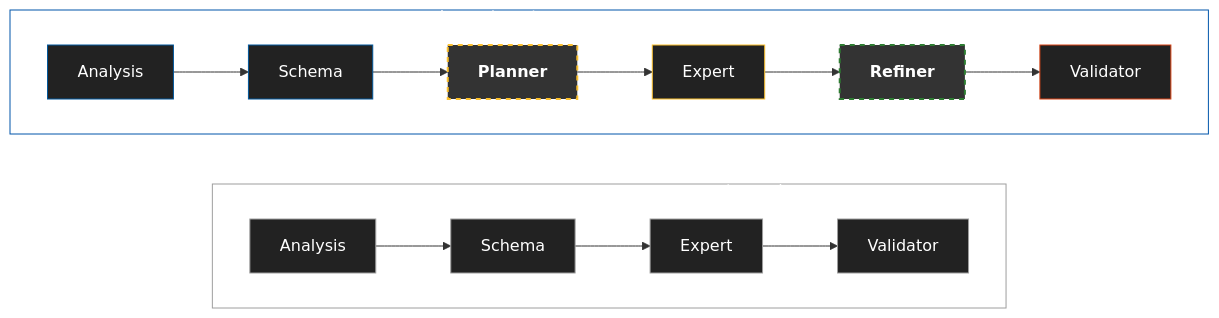
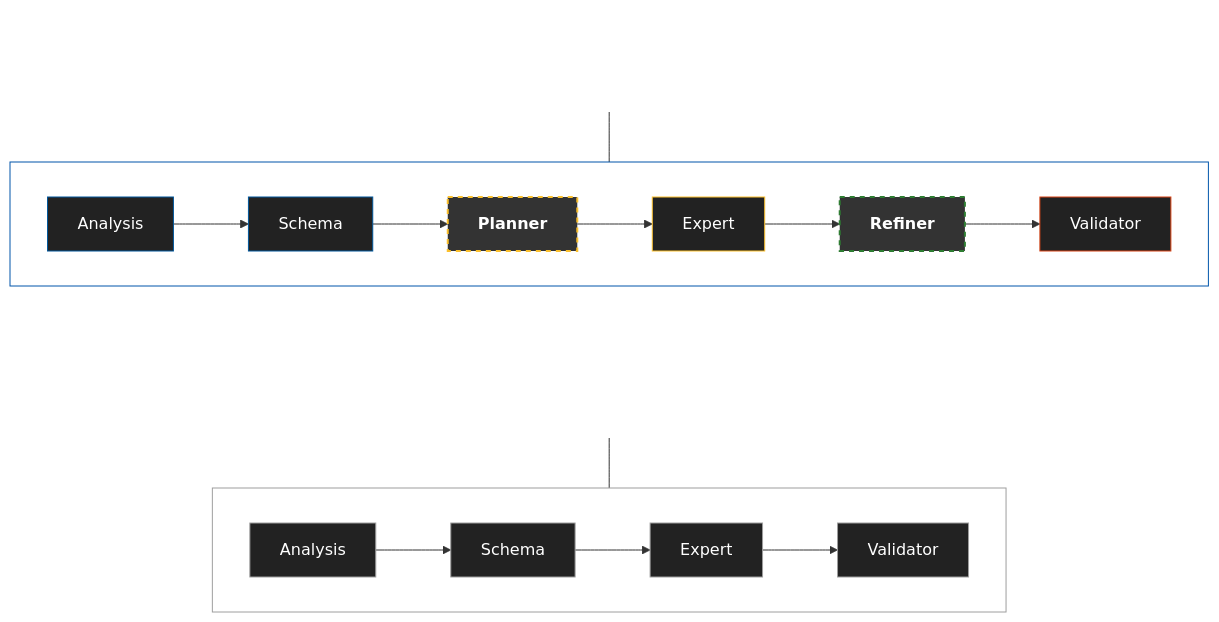
Before and after one commit to thanhmiyata/luan-van-tot-nghiep: the third of 5 diagrams in complete_paper_combined_vi.md, drawn with Mermaid. The commit also changed other lines of this file, not shown here.

````diff
--- a/complete_paper_combined_vi.md
+++ b/complete_paper_combined_vi.md
@@ -362,32 +362,40 @@
 ```mermaid
 graph TD
-    subgraph P6 ["HỆ THỐNG ĐỀ XUẤT (6 TÁC NHÂN - ĐỘ CHÍNH XÁC CAO)"]
+    Title6["<b>HỆ THỐNG ĐỀ XUẤT (6 TÁC NHÂN - ĐỘ CHÍNH XÁC CAO)</b>"]
+    Title6 --- P6
+    style Title6 fill:none,stroke:none,color:#fff
+
+    subgraph P6 [" "]
         direction LR
         A1["Analysis"] --> A2["Schema"] --> A3["<b>Planner</b>"] --> A4["Expert"] --> A5["<b>Refiner</b>"] --> A6["Validator"]
     end
 
-    %% Khoảng cách giữa 2 diagram
-    P6 ~~~ P4
+    %% Khoảng cách
+    P6 ~~~ Title4
 
-    subgraph P4 ["QUY TRÌNH CƠ SỞ (4 TÁC NHÂN - TRUYỀN THỐNG)"]
+    Title4["<b>QUY TRÌNH CƠ SỞ (4 TÁC NHÂN - TRUYỀN THỐNG)</b>"]
+    Title4 --- P4
+    style Title4 fill:none,stroke:none,color:#fff
+
+    subgraph P4 [" "]
         direction LR
         B1["Analysis"] --> B2["Schema"] --> B4["Expert"] --> B6["Validator"]
     end
 
     %% Style
     style A3 fill:#333,stroke:#fbc02d,stroke-width:2px,stroke-dasharray: 5 5,color:#fff
     style A5 fill:#333,stroke:#2e7d32,stroke-width:2px,stroke-dasharray: 5 5,color:#fff
     
     style P6 fill:transparent,stroke:#0055aa,color:#fff
     style P4 fill:transparent,stroke:#9e9e9e,color:#fff
 
-    %% Node styles for dark mode visibility
+    %% Node styles
     style A1 fill:#222,stroke:#01579b,color:#fff
     style A2 fill:#222,stroke:#01579b,color:#fff
     style A4 fill:#222,stroke:#fbc02d,color:#fff
     style A6 fill:#222,stroke:#d84315,color:#fff
     style B1 fill:#222,stroke:#9e9e9e,color:#fff
     style B2 fill:#222,stroke:#9e9e9e,color:#fff
     style B4 fill:#222,stroke:#9e9e9e,color:#fff
     style B6 fill:#222,stroke:#9e9e9e,color:#fff
 ```
````
